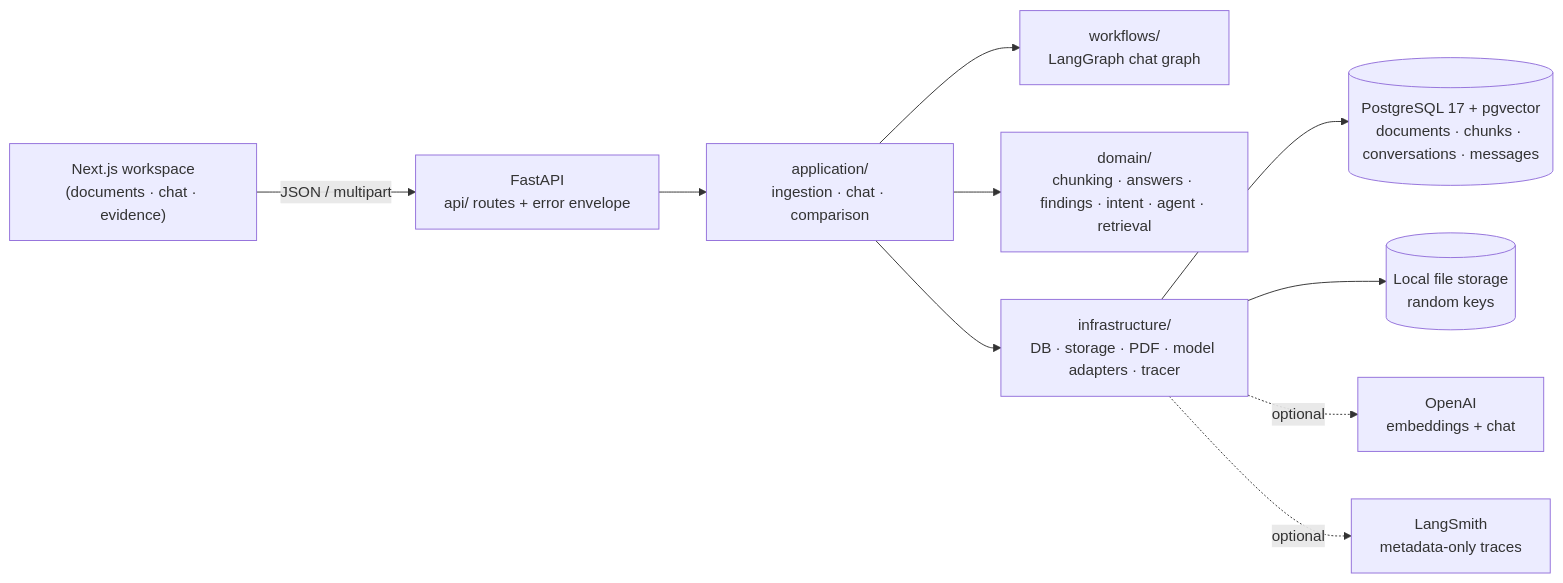
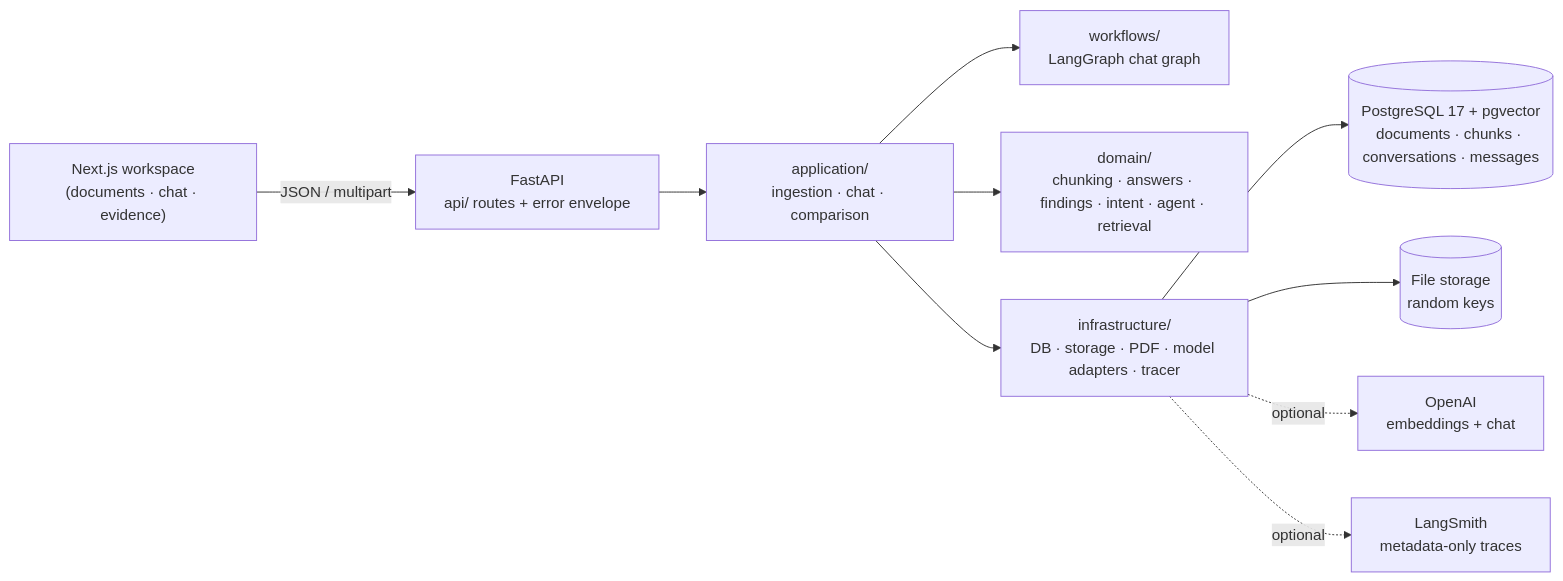
Before and after one commit to dmytro-davydov-dev/lifesci-intelligence: the diagram in docs/architecture.md, drawn with Mermaid. The commit also changed other lines of this file and 7 other files, not shown here.

````diff
--- a/docs/architecture.md
+++ b/docs/architecture.md
@@ -7,12 +7,12 @@
 ```mermaid
 flowchart LR
   UI["Next.js workspace<br/>(documents · chat · evidence)"] -->|JSON / multipart| API["FastAPI<br/>api/ routes + error envelope"]
   API --> APP["application/<br/>ingestion · chat · comparison"]
   APP --> WF["workflows/<br/>LangGraph chat graph"]
   APP --> DOM["domain/<br/>chunking · answers · findings · intent · agent · retrieval"]
   APP --> INF["infrastructure/<br/>DB · storage · PDF · model adapters · tracer"]
   INF --> PG[("PostgreSQL 17 + pgvector<br/>documents · chunks · conversations · messages")]
-  INF --> FS[("Local file storage<br/>random keys")]
+  INF --> FS[("File storage<br/>random keys")]
   INF -.optional.-> OAI["OpenAI<br/>embeddings + chat"]
   INF -.optional.-> LS["LangSmith<br/>metadata-only traces"]
 ```
````
